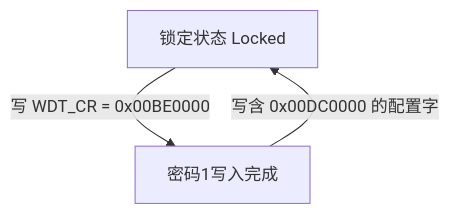
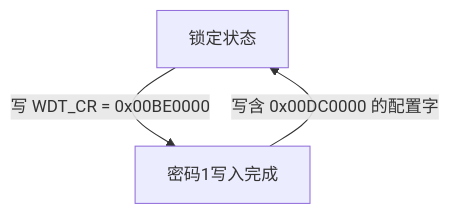
Before and after one commit to difanz/lantiq-falcon-s-docs: the diagram in 04_peripherals_and_io/03_timers_and_wdt.md, drawn with Mermaid. The commit also changed other lines of this file and 50 other files, not shown here.

````diff
--- a/04_peripherals_and_io/03_timers_and_wdt.md
+++ b/04_peripherals_and_io/03_timers_and_wdt.md
@@ -86,7 +53,7 @@
 ```mermaid
 flowchart TD
-    LOCKED["锁定状态 Locked"]
+    LOCKED["锁定状态"]
     PW1_UNLOCKED["密码1写入完成"]
     LOCKED -->|写 WDT_CR = 0x00BE0000| PW1_UNLOCKED
     PW1_UNLOCKED -->|写含 0x00DC0000 的配置字| LOCKED
 ```
````
